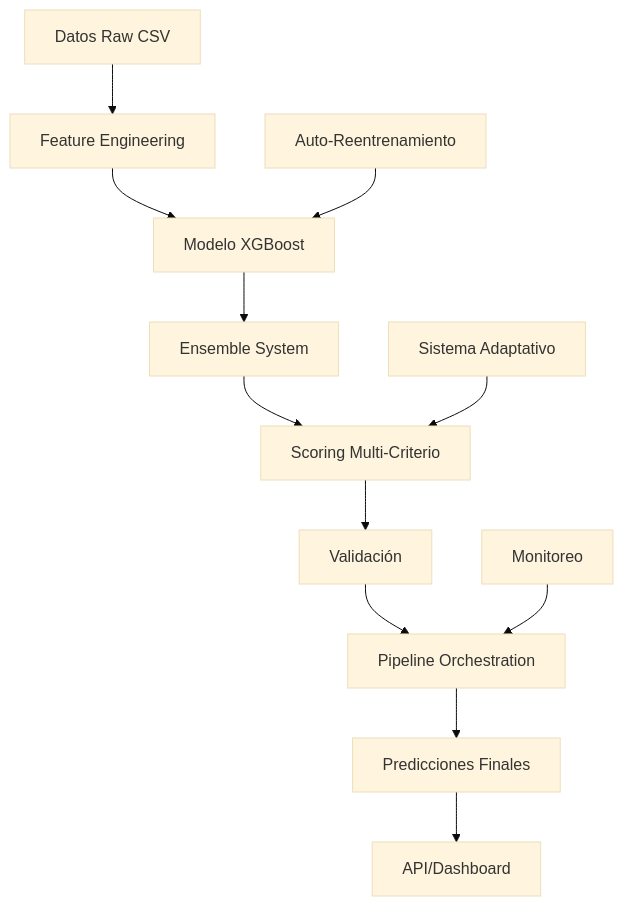
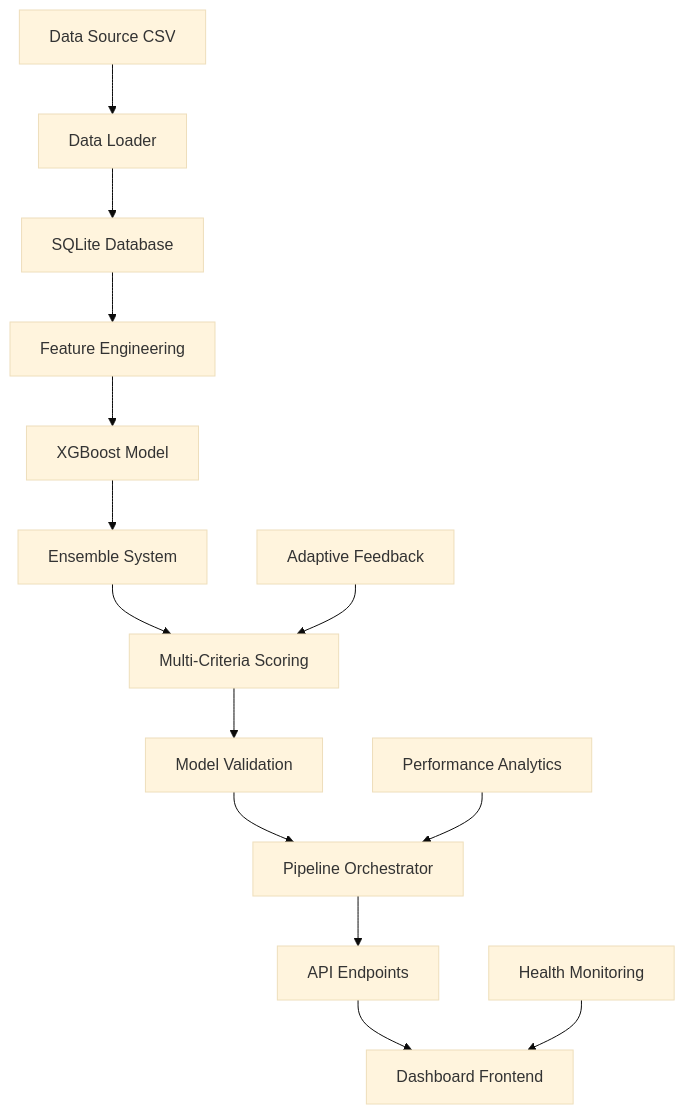
One commit to orlandobatistac/SHIOL-PLUS changed the diagram in docs/analisis_flujo_modelos.md. Above: the diagram before and after it, drawn with Mermaid (base theme). The commit also changed other lines of this file, not shown here.

First line of the commit message:
Assistant checkpoint: Updated comprehensive model flow analysis document

````diff
--- a/docs/analisis_flujo_modelos.md
+++ b/docs/analisis_flujo_modelos.md
@@ -192,15 +435,17 @@
 ```mermaid
 graph TD
-    A[Datos Raw CSV] --> B[Feature Engineering]
-    B --> C[Modelo XGBoost]
-    C --> D[Ensemble System]
-    D --> E[Scoring Multi-Criterio]
-    E --> F[Validación]
-    F --> G[Pipeline Orchestration]
-    G --> H[Predicciones Finales]
-    H --> I[API/Dashboard]
+    A[Data Source CSV] --> B[Data Loader]
+    B --> C[SQLite Database]
+    C --> D[Feature Engineering]
+    D --> E[XGBoost Model]
+    E --> F[Ensemble System]
+    F --> G[Multi-Criteria Scoring]
+    G --> H[Model Validation]
+    H --> I[Pipeline Orchestrator]
+    I --> J[API Endpoints]
+    J --> K[Dashboard Frontend]
     
-    J[Sistema Adaptativo] --> E
-    K[Auto-Reentrenamiento] --> C
-    L[Monitoreo] --> G
+    L[Adaptive Feedback] --> G
+    M[Performance Analytics] --> I
+    N[Health Monitoring] --> K
 ```
````
